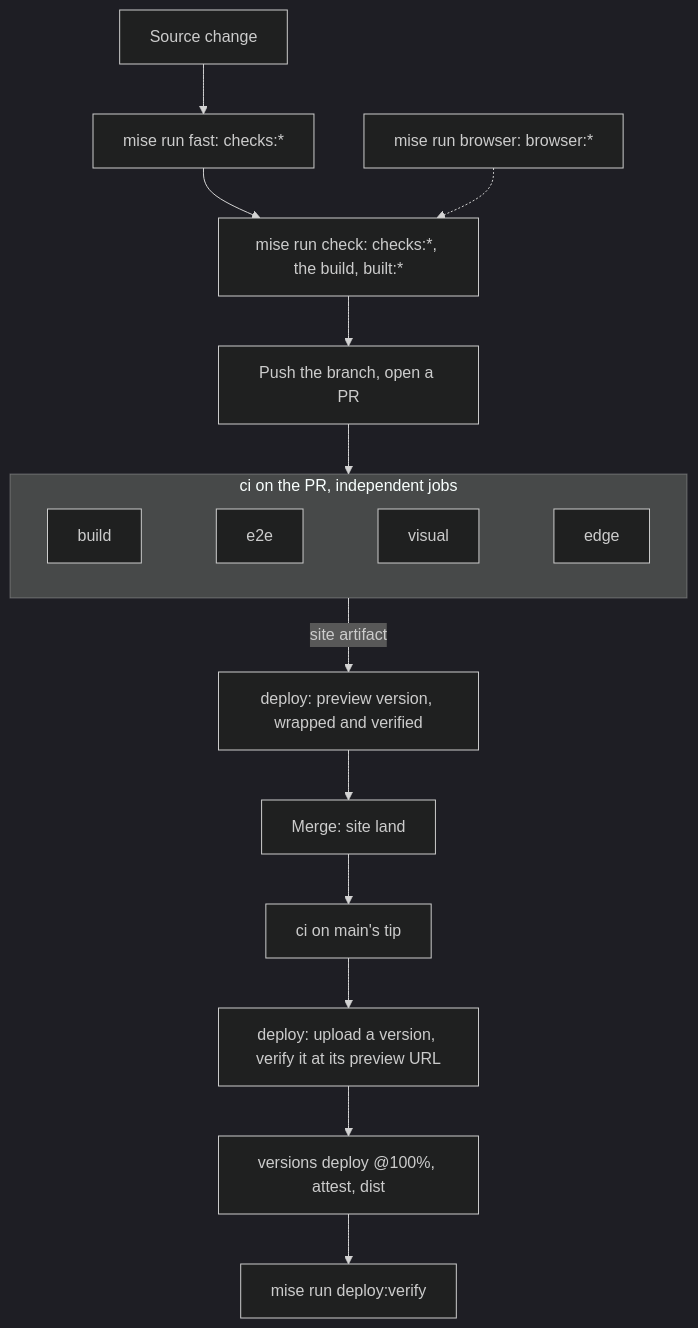
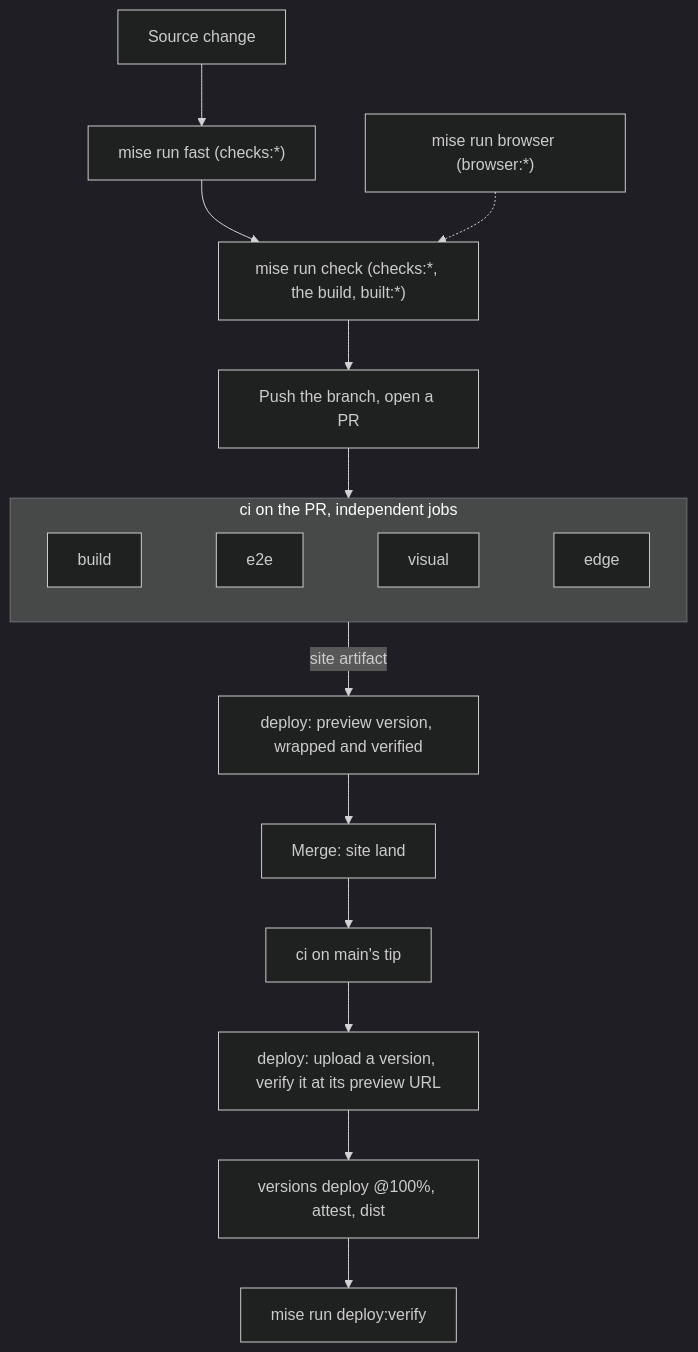
One commit to joeseverino/jseverino.com changed the diagram in docs/Development.md. Above: the diagram before and after it, drawn with Mermaid (dark theme). The commit also changed 12 other files, not shown here.

````diff
--- a/docs/Development.md
+++ b/docs/Development.md
@@ -70,15 +70,15 @@
 ```mermaid
 flowchart TB
-    A["Source change"] --> B["mise run fast: checks:*"] --> C["mise run check: checks:*, the build, built:*"] --> D["Push the branch, open a PR"]
-    G["mise run browser: browser:*"] -.-> C
+    A["Source change"] --> B["mise run fast (checks:*)"] --> C["mise run check (checks:*, the build, built:*)"] --> D["Push the branch, open a PR"]
+    G["mise run browser (browser:*)"] -.-> C
     D --> CI
     CI -- "site artifact" --> P["deploy: preview version, wrapped and verified"]
     P --> M["Merge: site land"]
     M --> MCI["ci on main's tip"] --> V["deploy: upload a version, verify it at its preview URL"]
     V --> L["versions deploy @100%, attest, dist"] --> F["mise run deploy:verify"]
 
     subgraph CI ["ci on the PR, independent jobs"]
         direction LR
         CB["build"] ~~~ CE["e2e"] ~~~ CV["visual"] ~~~ CG["edge"]
     end
 ```
````
